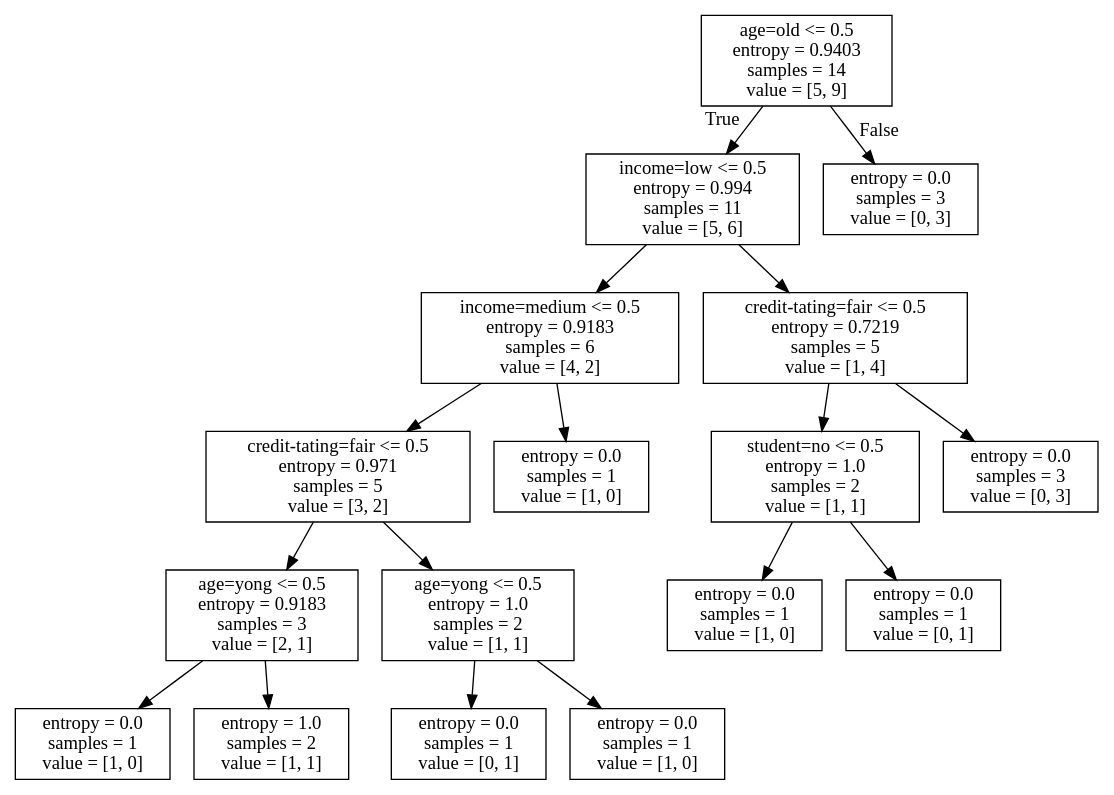
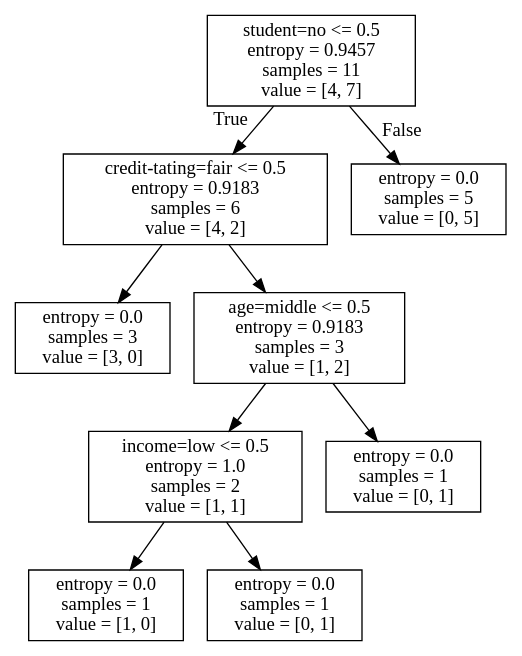
Before and after one commit to weizhen167/Deep-Learning: the diagram in Decision tree/sample.dot, drawn with Graphviz. The commit also changed 3 other files, not shown here.

```diff
--- a/Decision tree/sample.dot
+++ b/Decision tree/sample.dot
@@ -1,36 +1,20 @@
 digraph Tree {
 node [shape=box] ;
-0 [label="age=old <= 0.5\nentropy = 0.9403\nsamples = 14\nvalue = [5, 9]"] ;
-1 [label="income=low <= 0.5\nentropy = 0.994\nsamples = 11\nvalue = [5, 6]"] ;
+0 [label="student=no <= 0.5\nentropy = 0.9457\nsamples = 11\nvalue = [4, 7]"] ;
+1 [label="credit-tating=fair <= 0.5\nentropy = 0.9183\nsamples = 6\nvalue = [4, 2]"] ;
 0 -> 1 [labeldistance=2.5, labelangle=45, headlabel="True"] ;
-2 [label="income=medium <= 0.5\nentropy = 0.9183\nsamples = 6\nvalue = [4, 2]"] ;
+2 [label="entropy = 0.0\nsamples = 3\nvalue = [3, 0]"] ;
 1 -> 2 ;
-3 [label="credit-tating=fair <= 0.5\nentropy = 0.971\nsamples = 5\nvalue = [3, 2]"] ;
-2 -> 3 ;
-4 [label="age=yong <= 0.5\nentropy = 0.9183\nsamples = 3\nvalue = [2, 1]"] ;
+3 [label="age=middle <= 0.5\nentropy = 0.9183\nsamples = 3\nvalue = [1, 2]"] ;
+1 -> 3 ;
+4 [label="income=low <= 0.5\nentropy = 1.0\nsamples = 2\nvalue = [1, 1]"] ;
 3 -> 4 ;
 5 [label="entropy = 0.0\nsamples = 1\nvalue = [1, 0]"] ;
 4 -> 5 ;
-6 [label="entropy = 1.0\nsamples = 2\nvalue = [1, 1]"] ;
+6 [label="entropy = 0.0\nsamples = 1\nvalue = [0, 1]"] ;
 4 -> 6 ;
-7 [label="age=yong <= 0.5\nentropy = 1.0\nsamples = 2\nvalue = [1, 1]"] ;
+7 [label="entropy = 0.0\nsamples = 1\nvalue = [0, 1]"] ;
 3 -> 7 ;
-8 [label="entropy = 0.0\nsamples = 1\nvalue = [0, 1]"] ;
-7 -> 8 ;
-9 [label="entropy = 0.0\nsamples = 1\nvalue = [1, 0]"] ;
-7 -> 9 ;
-10 [label="entropy = 0.0\nsamples = 1\nvalue = [1, 0]"] ;
-2 -> 10 ;
-11 [label="credit-tating=fair <= 0.5\nentropy = 0.7219\nsamples = 5\nvalue = [1, 4]"] ;
-1 -> 11 ;
-12 [label="student=no <= 0.5\nentropy = 1.0\nsamples = 2\nvalue = [1, 1]"] ;
-11 -> 12 ;
-13 [label="entropy = 0.0\nsamples = 1\nvalue = [1, 0]"] ;
-12 -> 13 ;
-14 [label="entropy = 0.0\nsamples = 1\nvalue = [0, 1]"] ;
-12 -> 14 ;
-15 [label="entropy = 0.0\nsamples = 3\nvalue = [0, 3]"] ;
-11 -> 15 ;
-16 [label="entropy = 0.0\nsamples = 3\nvalue = [0, 3]"] ;
-0 -> 16 [labeldistance=2.5, labelangle=-45, headlabel="False"] ;
+8 [label="entropy = 0.0\nsamples = 5\nvalue = [0, 5]"] ;
+0 -> 8 [labeldistance=2.5, labelangle=-45, headlabel="False"] ;
 }
```
